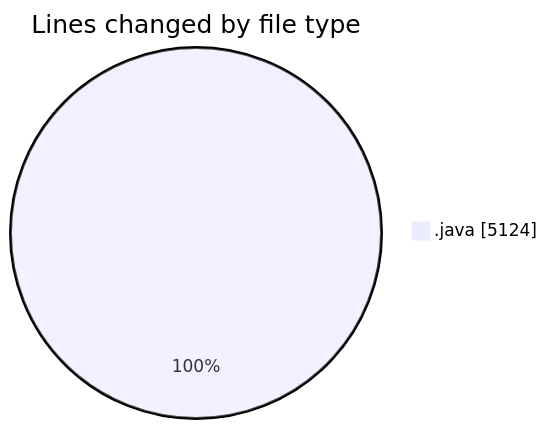
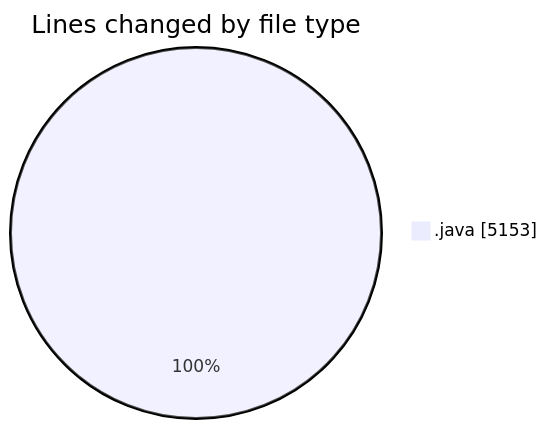
The first of 2 diagrams in 2026-11-17/cilapp/README.md (ricardozamudiocil/code-tracking), drawn with Mermaid before and after one commit. The commit also changed other lines of this file and 1 other file, not shown here.

````diff
--- a/2026-11-17/cilapp/README.md
+++ b/2026-11-17/cilapp/README.md
@@ -22,5 +22,5 @@
 ```mermaid
 pie showData
 title Lines changed by file type
-".java" : 5124
+".java" : 5153
 ```
````
